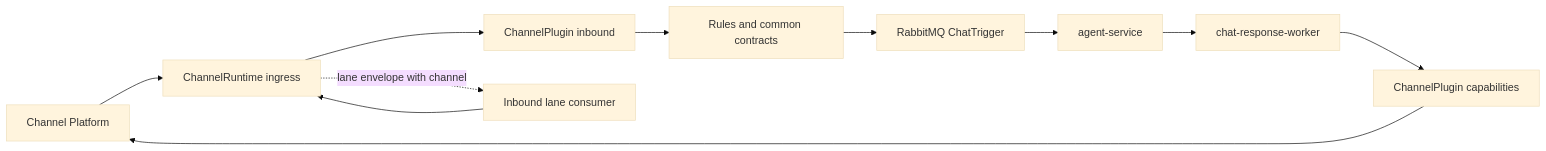
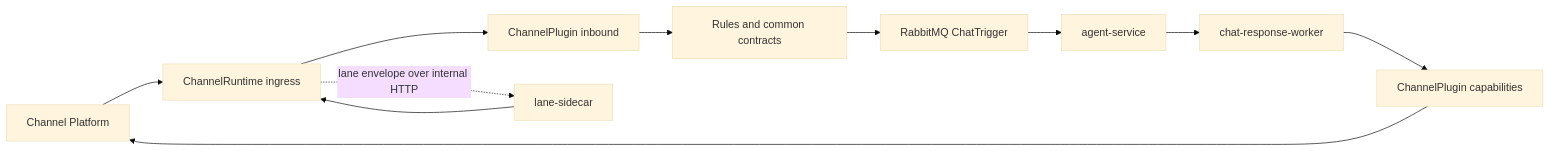
The first of 2 diagrams in apps/channel-server/README.md (bezhai/chiwei-platform), drawn with Mermaid (base theme) before and after one commit. The commit also changed other lines of this file and 50 other files, not shown here.

````diff
--- a/apps/channel-server/README.md
+++ b/apps/channel-server/README.md
@@ -62,14 +63,14 @@
 ```mermaid
 flowchart LR
   Platform[Channel Platform] --> Runtime[ChannelRuntime ingress]
   Runtime --> PluginInbound[ChannelPlugin inbound]
   PluginInbound --> Rules[Rules and common contracts]
   Rules --> MQ[RabbitMQ ChatTrigger]
   MQ --> Agent[agent-service]
   Agent --> OutboundWorker[chat-response-worker]
   OutboundWorker --> Cap[ChannelPlugin capabilities]
   Cap --> Platform
 
-  Runtime -. lane envelope with channel .-> Lane[Inbound lane consumer]
-  Lane --> Runtime
+  Runtime -. lane envelope over internal HTTP .-> Sidecar[lane-sidecar]
+  Sidecar --> Runtime
 ```
````
